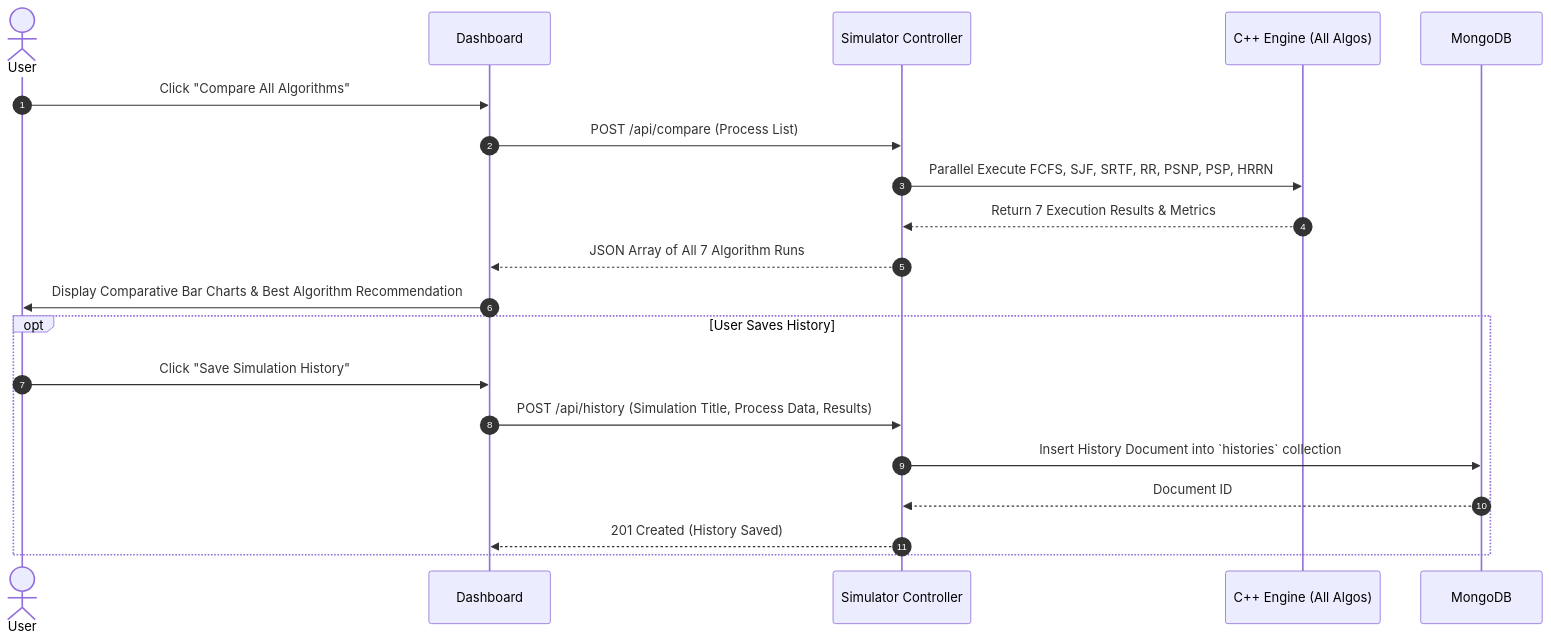
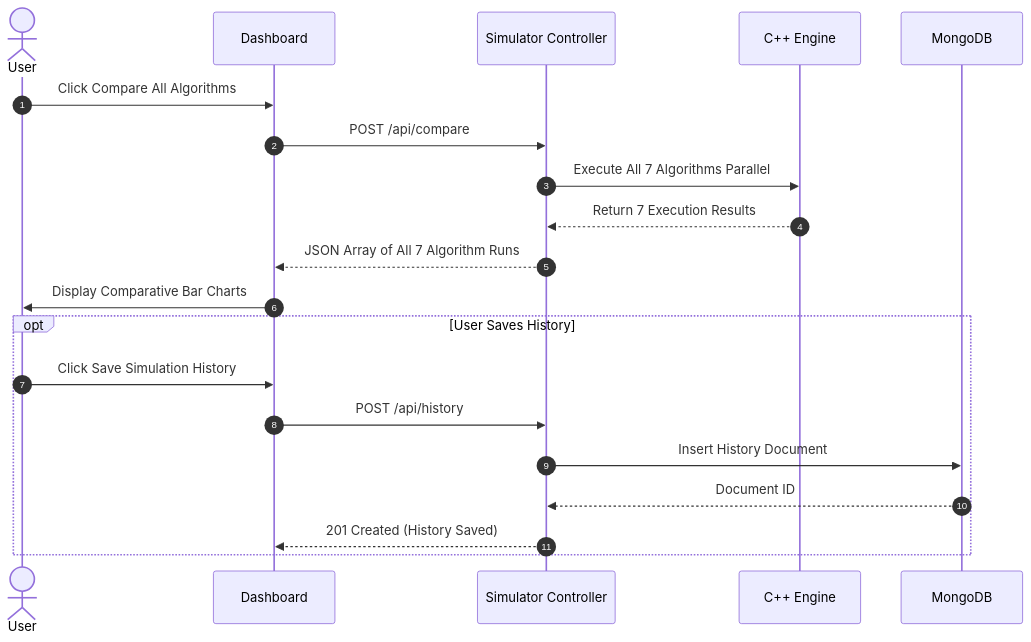
The fourth of 4 diagrams in README.md (KunalTechs/Cpu-Scheduling-Visualizer), drawn with Mermaid before and after one commit. The commit also changed other lines of this file, not shown here.

````diff
--- a/README.md
+++ b/README.md
@@ -154,24 +154,24 @@
 ```mermaid
 sequenceDiagram
     autonumber
     actor User
     participant UI as Dashboard
     participant SimCtrl as Simulator Controller
-    participant Engine as C++ Engine (All Algos)
+    participant Engine as C++ Engine
     participant DB as MongoDB
 
-    User->>UI: Click "Compare All Algorithms"
-    UI->>SimCtrl: POST /api/compare (Process List)
-    SimCtrl->>Engine: Parallel Execute FCFS, SJF, SRTF, RR, PSNP, PSP, HRRN
-    Engine-->>SimCtrl: Return 7 Execution Results & Metrics
+    User->>UI: Click Compare All Algorithms
+    UI->>SimCtrl: POST /api/compare
+    SimCtrl->>Engine: Execute All 7 Algorithms Parallel
+    Engine-->>SimCtrl: Return 7 Execution Results
     SimCtrl-->>UI: JSON Array of All 7 Algorithm Runs
-    UI->>User: Display Comparative Bar Charts & Best Algorithm Recommendation
+    UI->>User: Display Comparative Bar Charts
 
     opt User Saves History
-        User->>UI: Click "Save Simulation History"
-        UI->>SimCtrl: POST /api/history (Simulation Title, Process Data, Results)
-        SimCtrl->>DB: Insert History Document into `histories` collection
+        User->>UI: Click Save Simulation History
+        UI->>SimCtrl: POST /api/history
+        SimCtrl->>DB: Insert History Document
         DB-->>SimCtrl: Document ID
         SimCtrl-->>UI: 201 Created (History Saved)
     end
 ```
````
